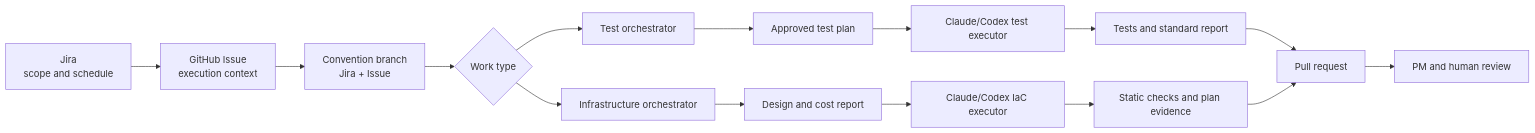
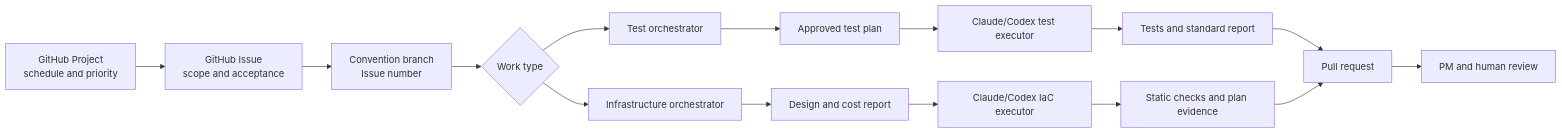
One commit to dnd-side-project/dnd-15th-2-backend changed the first of 3 diagrams in docs/harness/ARCHITECTURE.md. Above: the diagram before and after it, drawn with Mermaid. The commit also changed other lines of this file and 67 other files, not shown here.

````diff
--- a/docs/harness/ARCHITECTURE.md
+++ b/docs/harness/ARCHITECTURE.md
@@ -5,17 +5,17 @@
 ```mermaid
 flowchart LR
-    Jira["Jira<br/>scope and schedule"] --> Issue["GitHub Issue<br/>execution context"]
-    Issue --> Branch["Convention branch<br/>Jira + Issue"]
+    Project["GitHub Project<br/>schedule and priority"] --> Issue["GitHub Issue<br/>scope and acceptance"]
+    Issue --> Branch["Convention branch<br/>Issue number"]
     Branch --> Router{"Work type"}
     Router --> TestO["Test orchestrator"]
     Router --> InfraO["Infrastructure orchestrator"]
     TestO --> TestPlan["Approved test plan"]
     InfraO --> InfraPlan["Design and cost report"]
     TestPlan --> TestE["Claude/Codex test executor"]
     InfraPlan --> InfraE["Claude/Codex IaC executor"]
     TestE --> Evidence["Tests and standard report"]
     InfraE --> Evidence2["Static checks and plan evidence"]
     Evidence --> PR["Pull request"]
     Evidence2 --> PR
     PR --> Review["PM and human review"]
 ```
````
